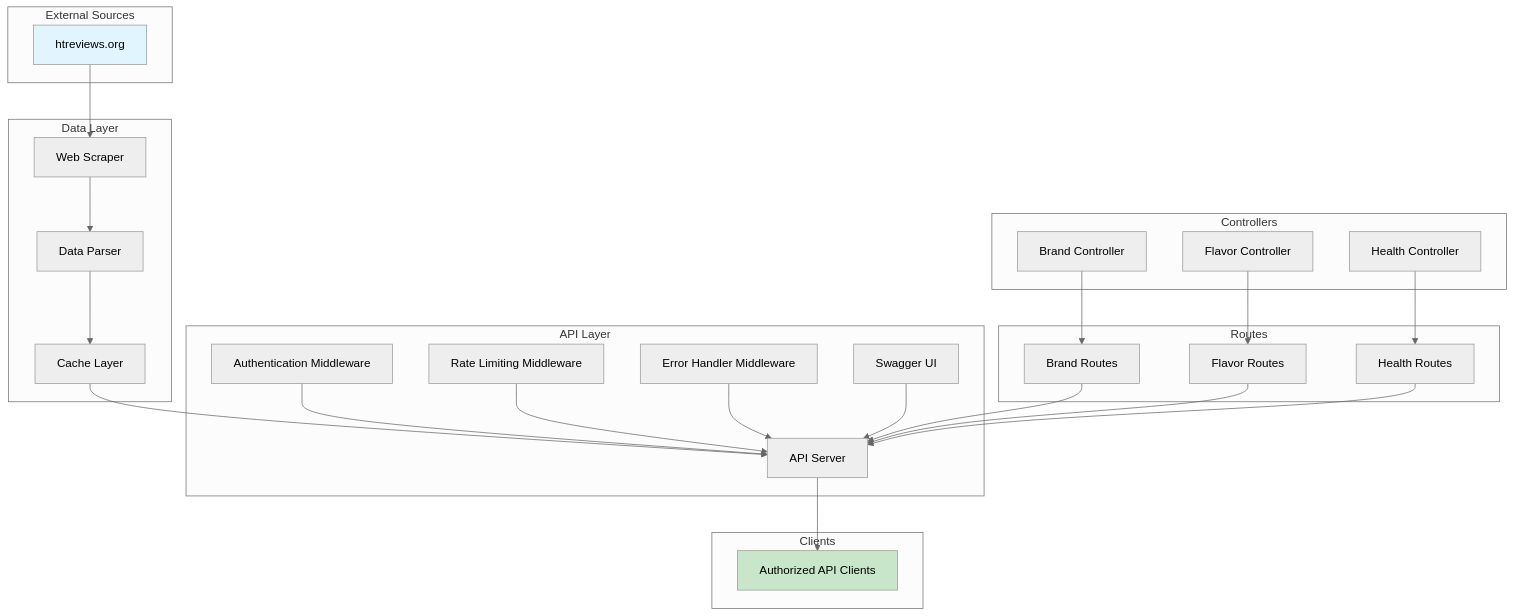
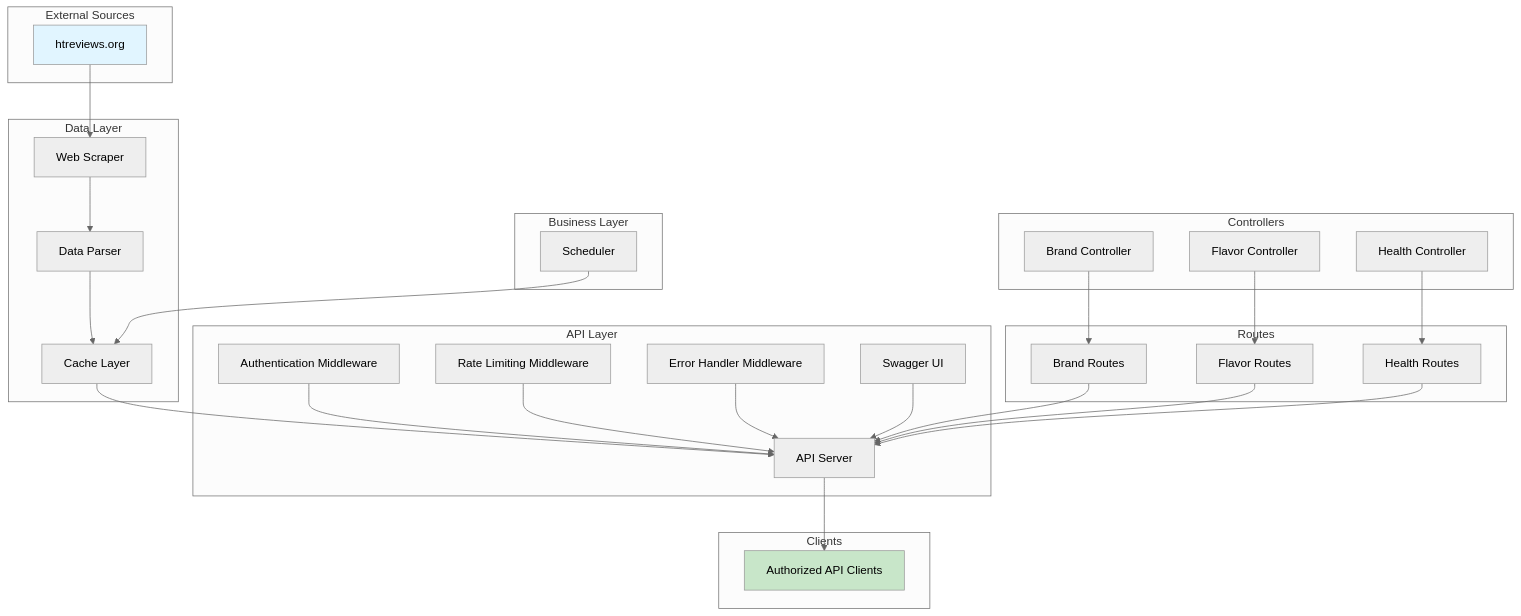
The first of 2 diagrams in .kilocode/rules/memory-bank/architecture.md (Zenderg/hookah-db), drawn with Mermaid (neutral theme) before and after one commit. The commit also changed other lines of this file and 17 other files, not shown here.

````diff
--- a/.kilocode/rules/memory-bank/architecture.md
+++ b/.kilocode/rules/memory-bank/architecture.md
@@ -7,55 +7,60 @@
 ```mermaid
 graph TB
     subgraph "External Sources"
         A[htreviews.org]
     end
     
     subgraph "Data Layer"
         B[Web Scraper]
         C[Data Parser]
         D[Cache Layer]
+    end
+    
+    subgraph "Business Layer"
+        S[Scheduler]
     end
     
     subgraph "API Layer"
         E[API Server]
         F[Authentication Middleware]
         G[Rate Limiting Middleware]
         H[Error Handler Middleware]
         I[Swagger UI]
     end
     
     subgraph "Controllers"
         J[Brand Controller]
         K[Flavor Controller]
         L[Health Controller]
     end
     
     subgraph "Routes"
         M[Brand Routes]
         N[Flavor Routes]
         O[Health Routes]
     end
     
     subgraph "Clients"
         P[Authorized API Clients]
     end
     
     A --> B
     B --> C
     C --> D
     D --> E
+    S --> D
     F --> E
     G --> E
     H --> E
     I --> E
     J --> M
     K --> N
     L --> O
     M --> E
     N --> E
     O --> E
     E --> P
     
     style A fill:#e1f5ff
     style P fill:#c8e6c9
 ```
````
